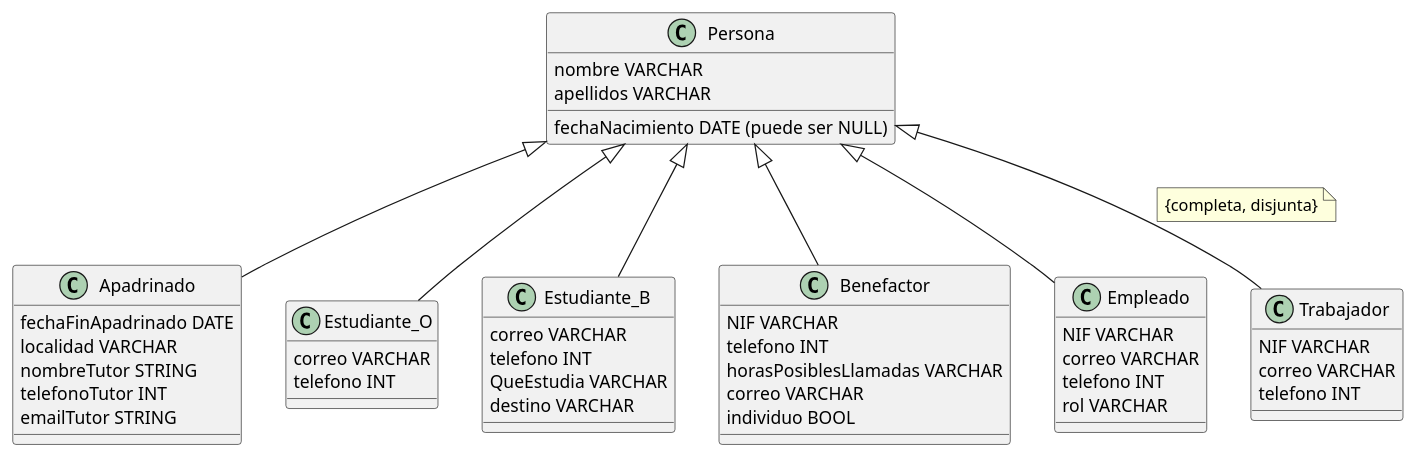
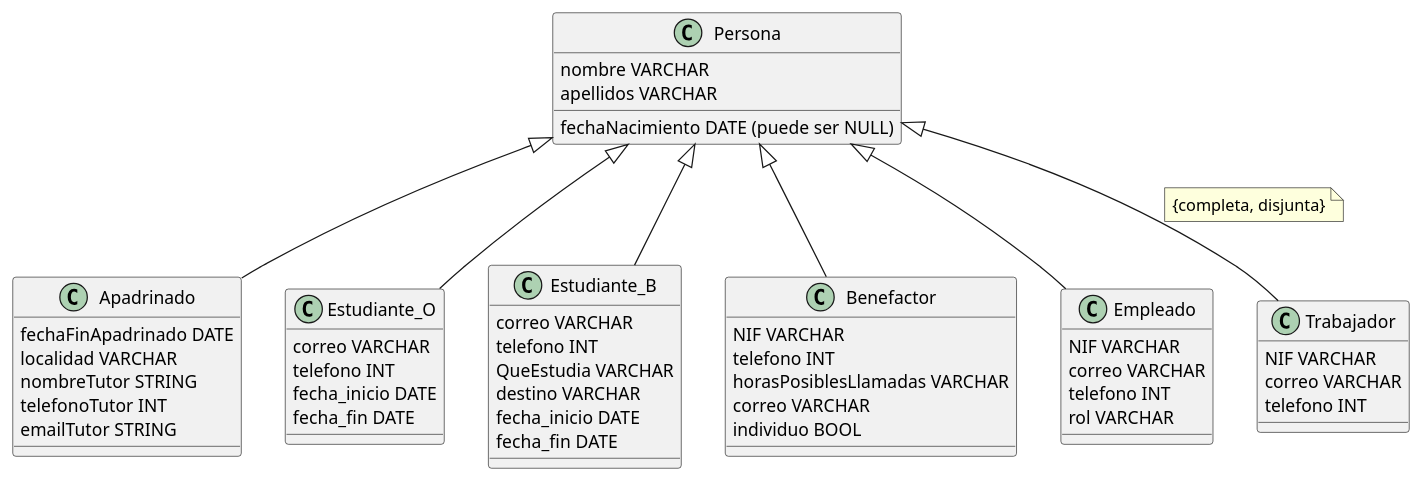
One commit to albporfer1-64/Grupo_Proyecto_DB changed the diagram in persona.puml. Above: the diagram before and after it, drawn with PlantUML.

Commit message:
Añadir fecha_fin y fecha_inicio para las clases de estudiantes persona.puml

```diff
--- a/persona.puml
+++ b/persona.puml
@@ -1,57 +1,61 @@
 class Persona{
     nombre VARCHAR
     apellidos VARCHAR
     fechaNacimiento DATE (puede ser NULL)
 }
 
 'Subclases de Persona:
 Persona <|-- Apadrinado
 Persona <|-- Estudiante_O
 Persona <|-- Estudiante_B
 Persona <|-- Benefactor
 Persona <|-- Empleado
 Persona <|-- Trabajador
 
 'Restricción de cobertura:
 note on link : {completa, disjunta}
 
 class Trabajador{
     NIF VARCHAR
     correo VARCHAR
     telefono INT
 }
 
 class Empleado{
     NIF VARCHAR
     correo VARCHAR
     telefono INT
     rol VARCHAR
 }
 
 class Benefactor{
     NIF VARCHAR
     telefono INT
     horasPosiblesLlamadas VARCHAR
     correo VARCHAR
     individuo BOOL
 }
 
 class Estudiante_B{
     correo VARCHAR
     telefono INT
     QueEstudia VARCHAR
     destino VARCHAR
+    fecha_inicio DATE
+    fecha_fin DATE
 }
 
 class Estudiante_O{
     correo VARCHAR
     telefono INT
+    fecha_inicio DATE
+    fecha_fin DATE
 }
 
 class Apadrinado{
     fechaFinApadrinado DATE
     localidad VARCHAR
     nombreTutor STRING
     telefonoTutor INT
     emailTutor STRING
 }
```
